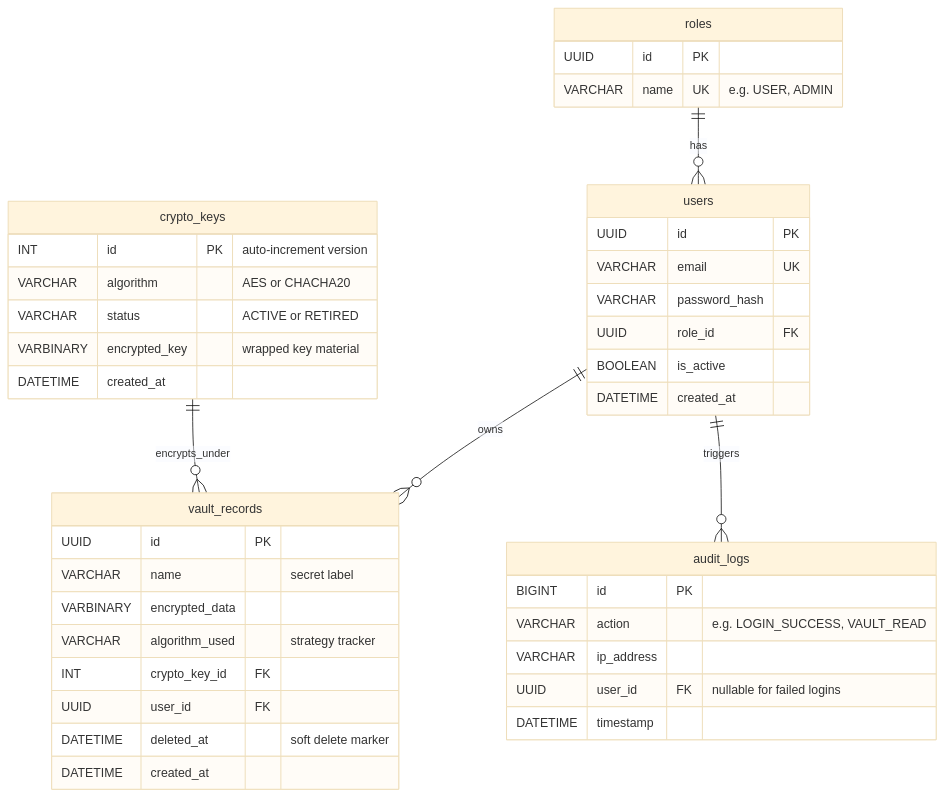
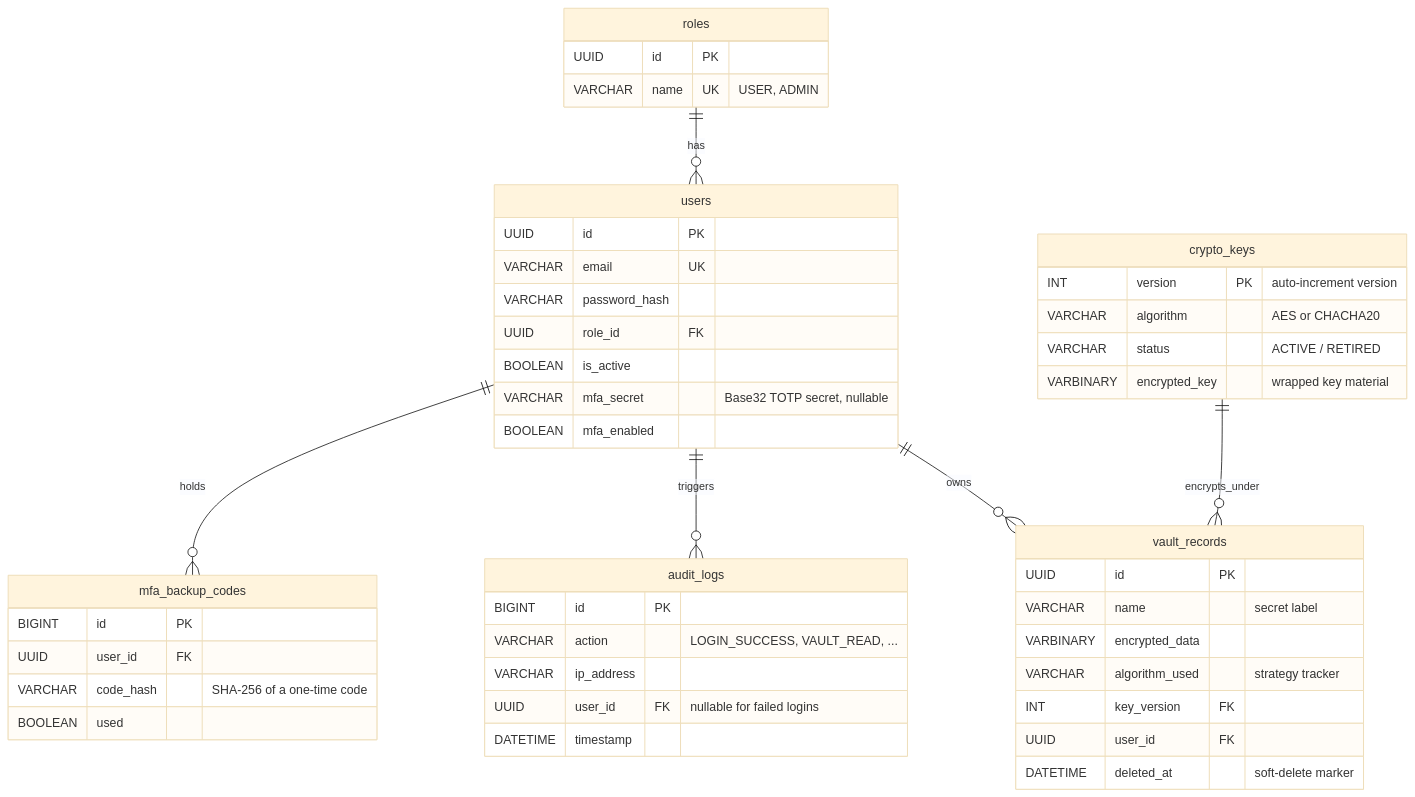
The third of 3 diagrams in README.md (Jenak26/cryptovault), drawn with Mermaid (base theme) before and after one commit. The commit also changed other lines of this file, not shown here.

````diff
--- a/README.md
+++ b/README.md
@@ -90,44 +152,50 @@
 ```mermaid
 erDiagram
     roles ||--o{ users : has
     users ||--o{ vault_records : owns
     users ||--o{ audit_logs : triggers
+    users ||--o{ mfa_backup_codes : holds
     crypto_keys ||--o{ vault_records : encrypts_under
 
     roles {
         UUID id PK
-        VARCHAR name UK "e.g. USER, ADMIN"
+        VARCHAR name UK "USER, ADMIN"
     }
     users {
         UUID id PK
         VARCHAR email UK
         VARCHAR password_hash
         UUID role_id FK
         BOOLEAN is_active
-        DATETIME created_at
+        VARCHAR mfa_secret "Base32 TOTP secret, nullable"
+        BOOLEAN mfa_enabled
     }
     crypto_keys {
-        INT id PK "auto-increment version"
+        INT version PK "auto-increment version"
         VARCHAR algorithm "AES or CHACHA20"
-        VARCHAR status "ACTIVE or RETIRED"
+        VARCHAR status "ACTIVE / RETIRED"
         VARBINARY encrypted_key "wrapped key material"
-        DATETIME created_at
     }
     vault_records {
         UUID id PK
         VARCHAR name "secret label"
         VARBINARY encrypted_data
         VARCHAR algorithm_used "strategy tracker"
-        INT crypto_key_id FK
+        INT key_version FK
         UUID user_id FK
-        DATETIME deleted_at "soft delete marker"
-        DATETIME created_at
+        DATETIME deleted_at "soft-delete marker"
     }
     audit_logs {
         BIGINT id PK
-        VARCHAR action "e.g. LOGIN_SUCCESS, VAULT_READ"
+        VARCHAR action "LOGIN_SUCCESS, VAULT_READ, ..."
         VARCHAR ip_address
         UUID user_id FK "nullable for failed logins"
         DATETIME timestamp
     }
+    mfa_backup_codes {
+        BIGINT id PK
+        UUID user_id FK
+        VARCHAR code_hash "SHA-256 of a one-time code"
+        BOOLEAN used
+    }
 ```
````
